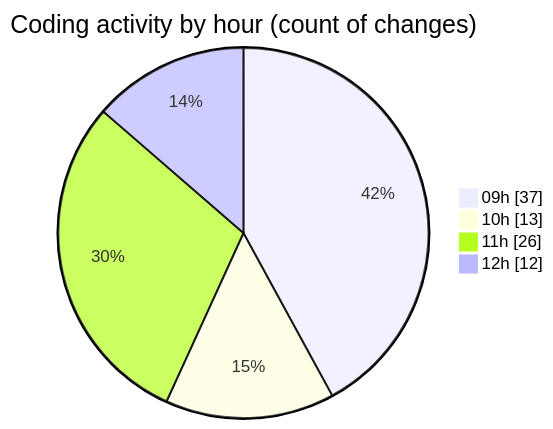
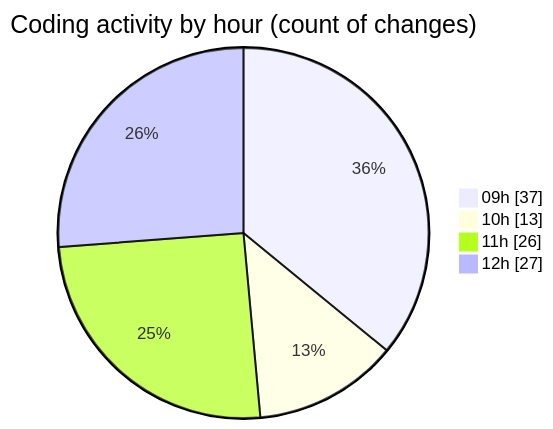
Before and after one commit to momahboobian/code-tracking: the second of 2 diagrams in 2026-04-23/cda/README.md, drawn with Mermaid. The commit also changed other lines of this file and 1 other file, not shown here.

````diff
--- a/2026-04-23/cda/README.md
+++ b/2026-04-23/cda/README.md
@@ -51,8 +51,8 @@
 ```mermaid
 pie showData
 title Coding activity by hour (count of changes)
 "09h" : 37
 "10h" : 13
 "11h" : 26
-"12h" : 12
+"12h" : 27
 ```
````
